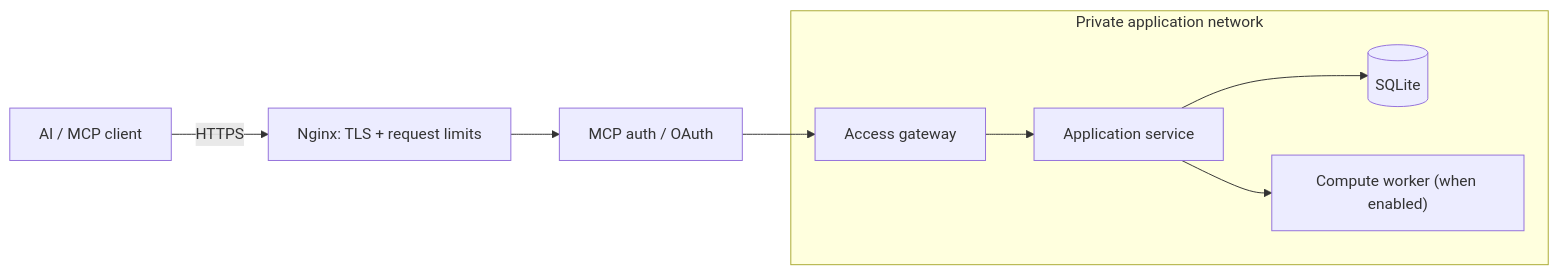
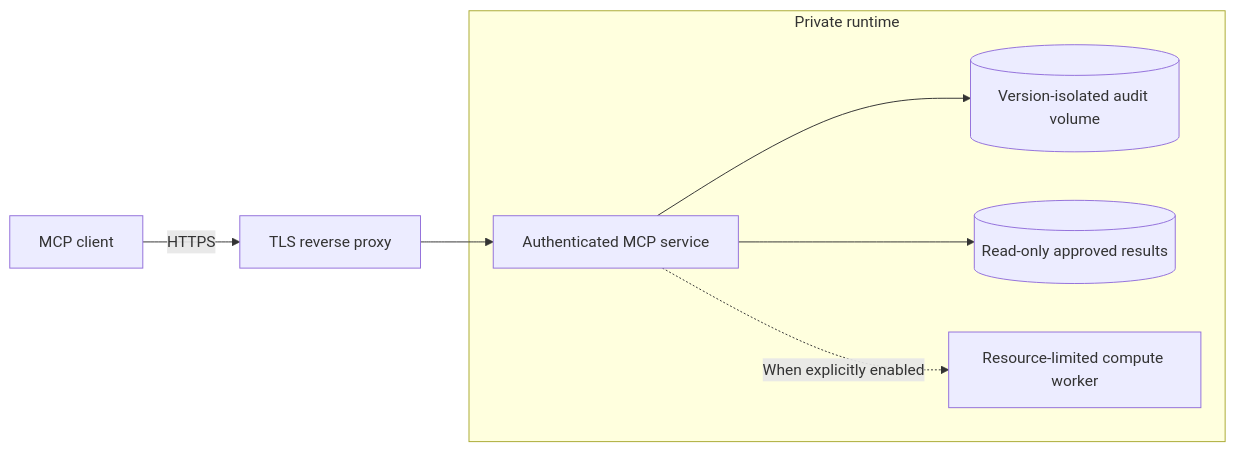
The second of 2 diagrams in docs/MCP.md (userifw/fightex-economic-simulation-architecture), drawn with Mermaid before and after one commit. The commit also changed other lines of this file, not shown here.

Commit message:
docs: align docs/MCP.md with version-isolated MCP architecture

````diff
--- a/docs/MCP.md
+++ b/docs/MCP.md
@@ -47,11 +35,10 @@
 ```mermaid
 flowchart LR
-  USER["AI / MCP client"] -->|HTTPS| EDGE["Nginx: TLS + request limits"]
-  EDGE --> AUTH["MCP auth / OAuth"]
-  AUTH --> GATE["Access gateway"]
-  subgraph INTERNAL["Private application network"]
-    GATE --> APP["Application service"]
-    APP --> DATA[("SQLite")]
-    APP --> WORKER["Compute worker (when enabled)"]
+  CLIENT["MCP client"] -->|HTTPS| EDGE["TLS reverse proxy"]
+  EDGE --> APP["Authenticated MCP service"]
+  subgraph PRIVATE["Private runtime"]
+    APP --> ACTIVE[("Version-isolated audit volume")]
+    APP --> APPROVED[("Read-only approved results")]
+    APP -. "When explicitly enabled" .-> WORKER["Resource-limited compute worker"]
   end
 ```
````
